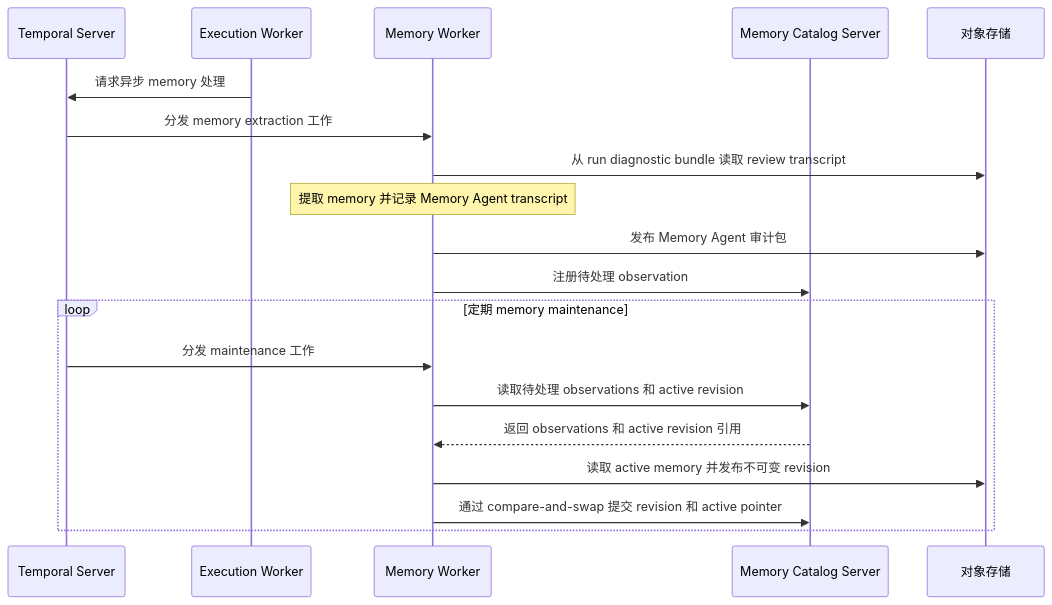
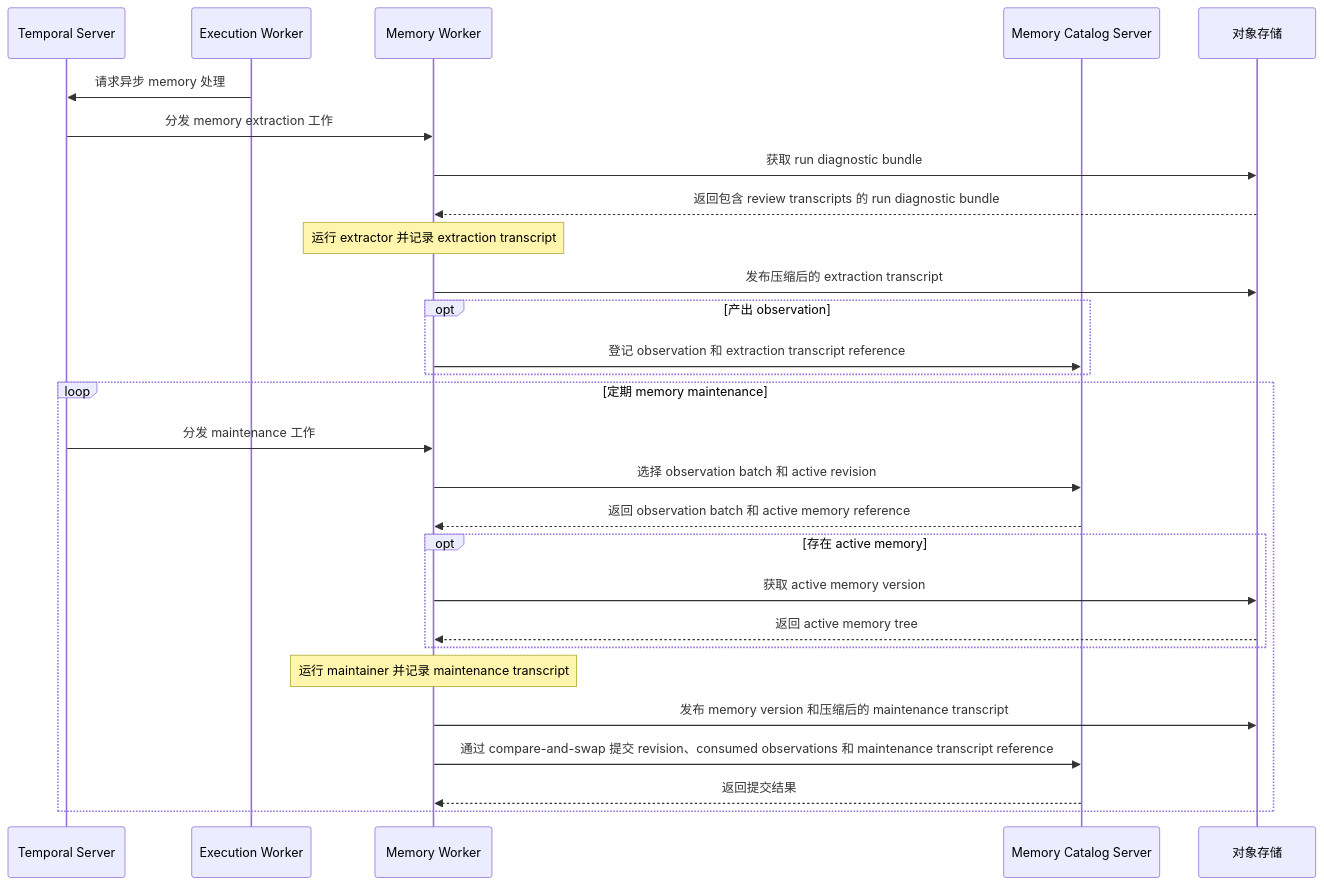
The second of 2 diagrams in docs/architecture/SYSTEM_ARCHITECTURE.zh.md (Agent-AI-Chalmers/sec-review-bot), drawn with Mermaid before and after one commit. The commit also changed 32 other files, not shown here.

Commit message:
refactor(memory): publish compressed agent transcripts

````diff
--- a/docs/architecture/SYSTEM_ARCHITECTURE.zh.md
+++ b/docs/architecture/SYSTEM_ARCHITECTURE.zh.md
@@ -65,22 +65,31 @@
 ```mermaid
 sequenceDiagram
   participant Temporal as Temporal Server
   participant ExecutionWorker as Execution Worker
   participant MemoryWorker as Memory Worker
   participant Catalog as Memory Catalog Server
   participant Storage as 对象存储
 
   ExecutionWorker->>Temporal: 请求异步 memory 处理
   Temporal->>MemoryWorker: 分发 memory extraction 工作
-  MemoryWorker->>Storage: 从 run diagnostic bundle 读取 review transcript
-  Note over MemoryWorker: 提取 memory 并记录 Memory Agent transcript
-  MemoryWorker->>Storage: 发布 Memory Agent 审计包
-  MemoryWorker->>Catalog: 注册待处理 observation
+  MemoryWorker->>Storage: 获取 run diagnostic bundle
+  Storage-->>MemoryWorker: 返回包含 review transcripts 的 run diagnostic bundle
+  Note over MemoryWorker: 运行 extractor 并记录 extraction transcript
+  MemoryWorker->>Storage: 发布压缩后的 extraction transcript
+  opt 产出 observation
+    MemoryWorker->>Catalog: 登记 observation 和 extraction transcript reference
+  end
   loop 定期 memory maintenance
     Temporal->>MemoryWorker: 分发 maintenance 工作
-    MemoryWorker->>Catalog: 读取待处理 observations 和 active revision
-    Catalog-->>MemoryWorker: 返回 observations 和 active revision 引用
-    MemoryWorker->>Storage: 读取 active memory 并发布不可变 revision
-    MemoryWorker->>Catalog: 通过 compare-and-swap 提交 revision 和 active pointer
+    MemoryWorker->>Catalog: 选择 observation batch 和 active revision
+    Catalog-->>MemoryWorker: 返回 observation batch 和 active memory reference
+    opt 存在 active memory
+      MemoryWorker->>Storage: 获取 active memory version
+      Storage-->>MemoryWorker: 返回 active memory tree
+    end
+    Note over MemoryWorker: 运行 maintainer 并记录 maintenance transcript
+    MemoryWorker->>Storage: 发布 memory version 和压缩后的 maintenance transcript
+    MemoryWorker->>Catalog: 通过 compare-and-swap 提交 revision、consumed observations 和 maintenance transcript reference
+    Catalog-->>MemoryWorker: 返回提交结果
   end
 ```
````
